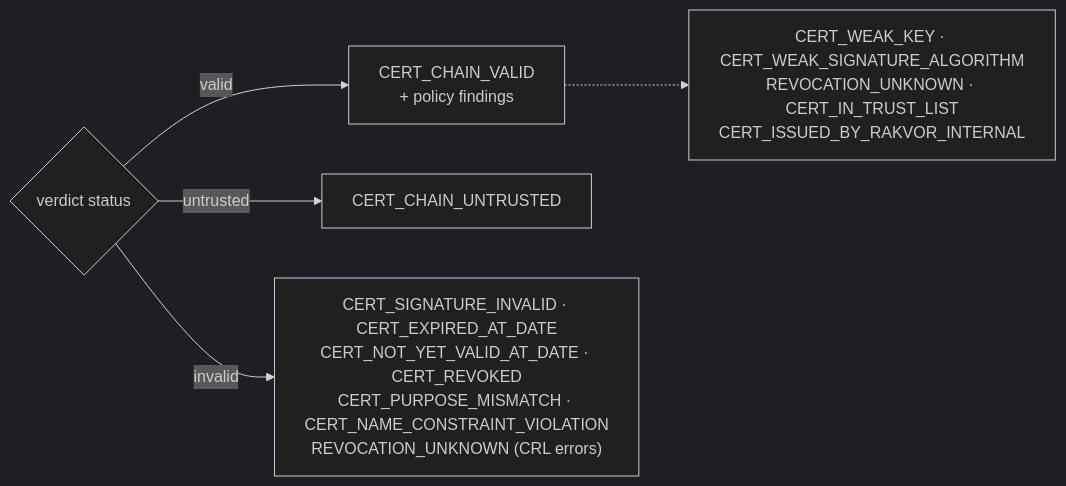
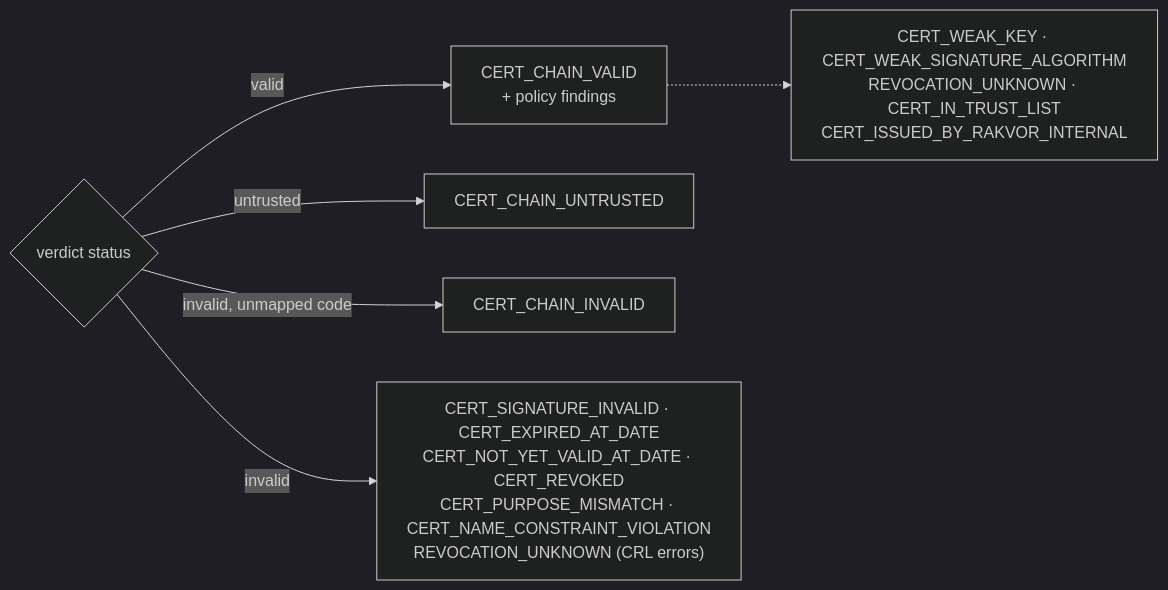
One commit to Panacota96/rv-certcheck changed the second of 2 diagrams in docs/reports.md. Above: the diagram before and after it, drawn with Mermaid (dark theme). The commit also changed other lines of this file and 8 other files, not shown here.

First line of the commit message:
docs: trust-list status anchors, CERT_CHAIN_INVALID, imprint pairing, CA folder records, pki set, key defaults

````diff
--- a/docs/reports.md
+++ b/docs/reports.md
@@ -135,7 +138,8 @@
 ```mermaid
 flowchart LR
     V{"verdict status"} -->|valid| OK["CERT_CHAIN_VALID<br/>+ policy findings"]
     V -->|untrusted| U["CERT_CHAIN_UNTRUSTED"]
+    V -->|invalid, unmapped code| X["CERT_CHAIN_INVALID"]
     V -->|invalid| I["CERT_SIGNATURE_INVALID · CERT_EXPIRED_AT_DATE<br/>CERT_NOT_YET_VALID_AT_DATE · CERT_REVOKED<br/>CERT_PURPOSE_MISMATCH · CERT_NAME_CONSTRAINT_VIOLATION<br/>REVOCATION_UNKNOWN (CRL errors)"]
     OK -.-> P["CERT_WEAK_KEY · CERT_WEAK_SIGNATURE_ALGORITHM<br/>REVOCATION_UNKNOWN · CERT_IN_TRUST_LIST<br/>CERT_ISSUED_BY_RAKVOR_INTERNAL"]
 ```
````
